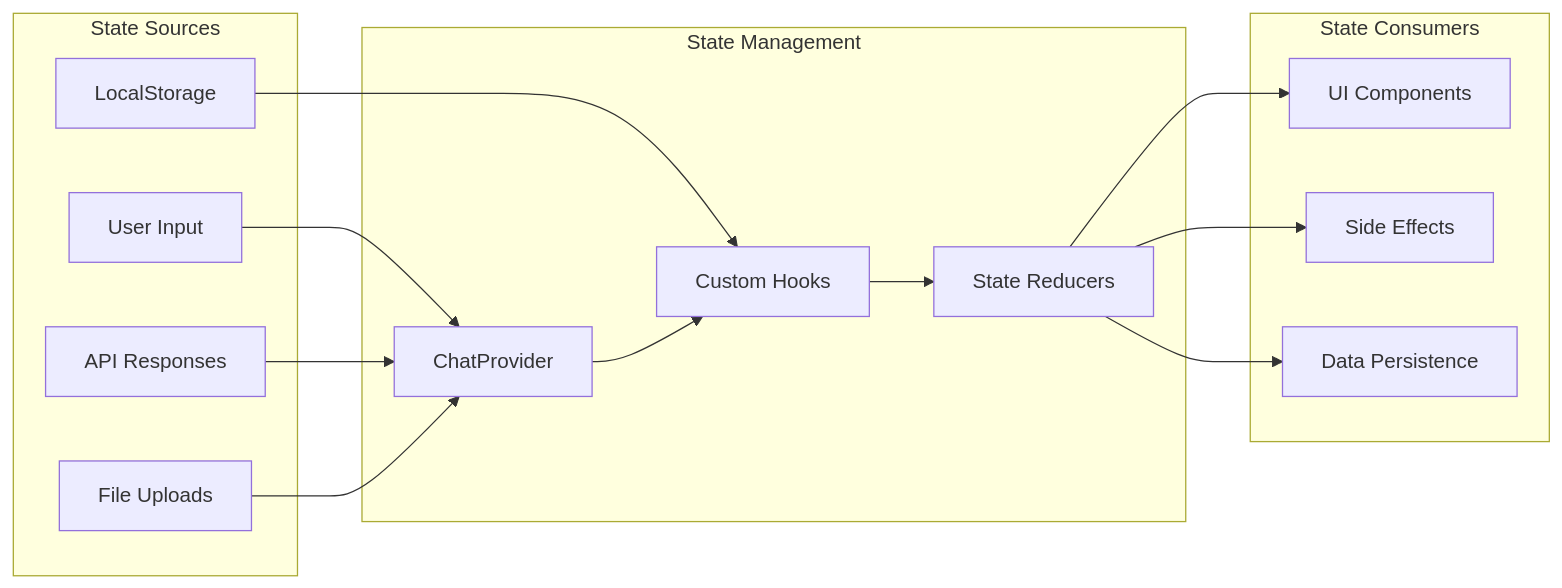
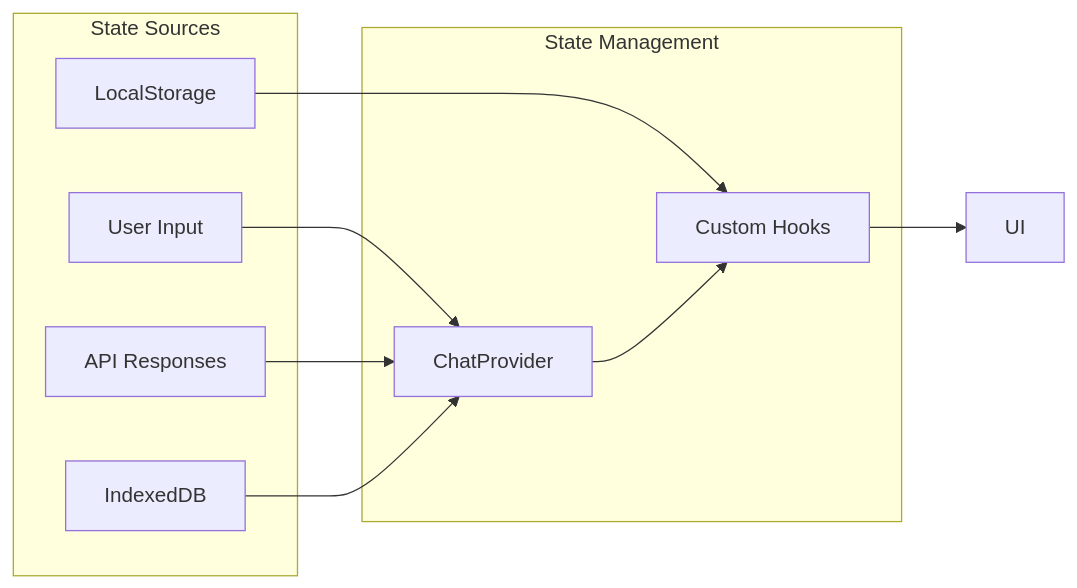
The fourth of 4 diagrams in docs/architecture-view.md (loopmaster303/heyhihosted), drawn with Mermaid before and after one commit. The commit also changed other lines of this file and 37 other files, not shown here.

````diff
--- a/docs/architecture-view.md
+++ b/docs/architecture-view.md
@@ -111,33 +91,22 @@
 ```mermaid
 graph LR
     subgraph "State Sources"
         UserInput[User Input]
         APIResponses[API Responses]
+        IndexedDB[IndexedDB]
         LocalStorage[LocalStorage]
-        FileUploads[File Uploads]
     end
     
     subgraph "State Management"
         ChatProvider[ChatProvider]
         Hooks[Custom Hooks]
-        Reducers[State Reducers]
-    end
-    
-    subgraph "State Consumers"
-        Components[UI Components]
-        Effects[Side Effects]
-        Persistence[Data Persistence]
     end
     
     UserInput --> ChatProvider
     APIResponses --> ChatProvider
+    IndexedDB --> ChatProvider
     LocalStorage --> Hooks
-    FileUploads --> ChatProvider
     
     ChatProvider --> Hooks
-    Hooks --> Reducers
-    
-    Reducers --> Components
-    Reducers --> Effects
-    Reducers --> Persistence
+    Hooks --> UI
 ```
````
